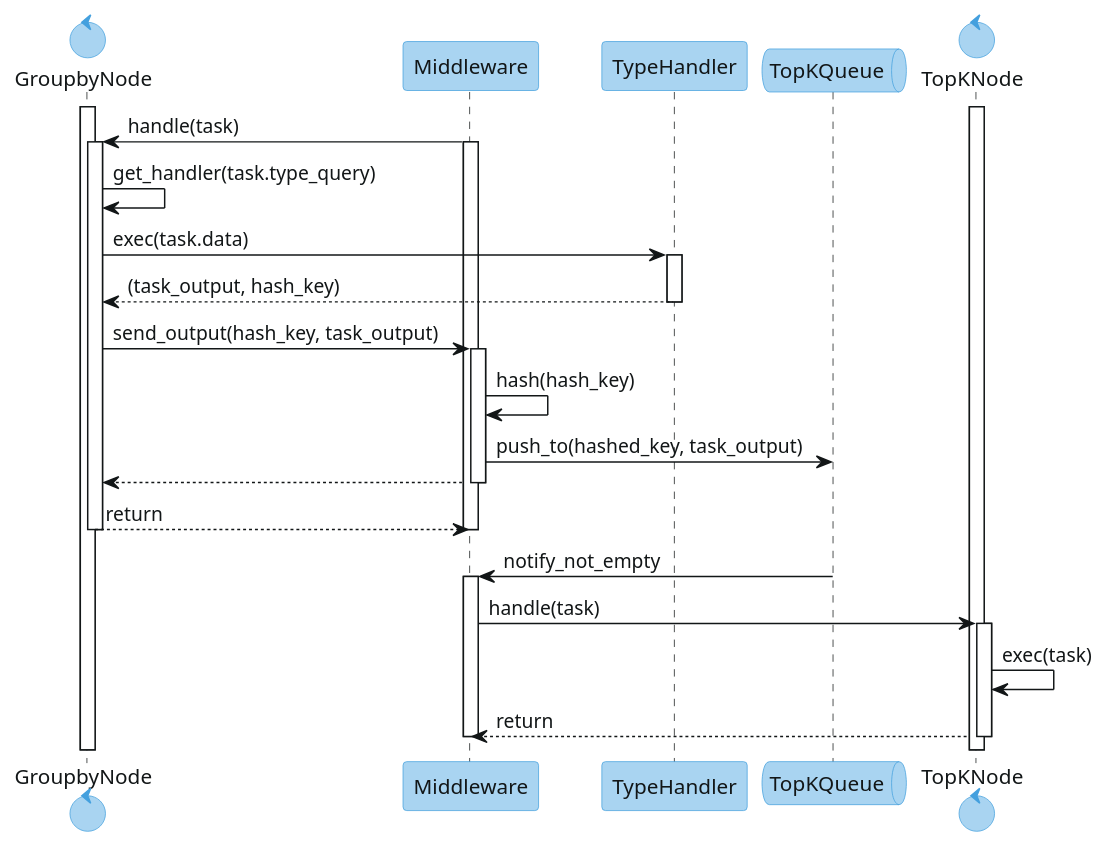
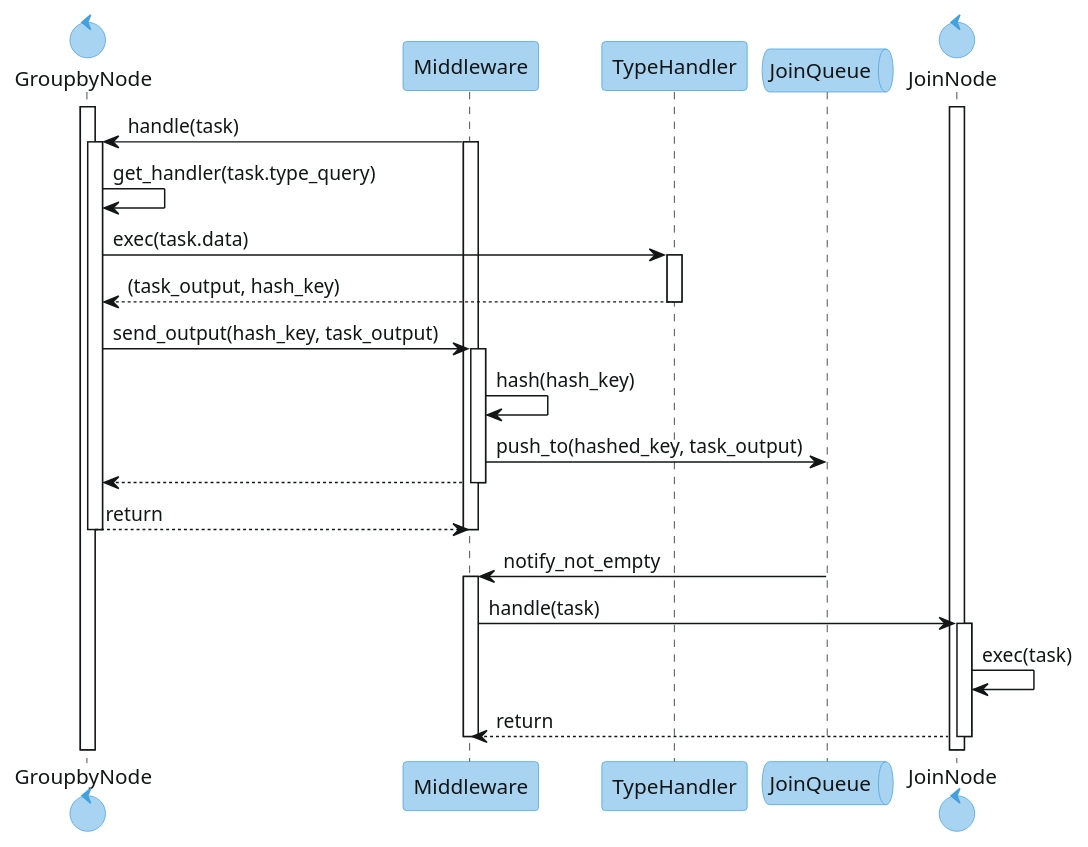
One commit to SebastianVintonuke/TA050-TP-Design changed the diagram in src/puml/groupby_node.puml. Above: the diagram before and after it, drawn with PlantUML. The commit also changed 3 other files, not shown here.

```diff
--- a/src/puml/groupby_node.puml
+++ b/src/puml/groupby_node.puml
@@ -1,70 +1,70 @@
 @startuml
 
 skinparam backgroundColor transparent
 skinparam shadowing false
 
 skinparam defaultFontColor #121617
 skinparam ArrowColor #121617
 
 skinparam SequenceLifelineBorderColor #121617
 skinparam SequenceActivationBorderColor #121617
 
 skinparam EntityBorderColor #a9d4f1
 skinparam ControlBackgroundColor #a9d4f1
 skinparam ParticipantBackgroundColor #a9d4f1
 skinparam QueueBackgroundColor #a9d4f1
 skinparam RectangleBackgroundColor #a9d4f1
 
 skinparam EntityBorderColor #44a0de
 skinparam ControlBorderColor #44a0de
 skinparam ParticipantBorderColor #44a0de
 skinparam QueueBorderColor #44a0de
 skinparam RectangleBorderColor #44a0de
 
 
 control GroupbyNode
 participant Middleware
 participant TypeHandler
-queue TopKQueue
-control TopKNode
+queue JoinQueue
+control JoinNode
 
-activate TopKNode
+activate JoinNode
 activate GroupbyNode
 
 Middleware -> GroupbyNode: handle(task)
 activate GroupbyNode
 activate Middleware
 
 GroupbyNode-> GroupbyNode: get_handler(task.type_query)
 GroupbyNode-> TypeHandler : exec(task.data)
 activate TypeHandler
 TypeHandler --> GroupbyNode: (task_output, hash_key)
 deactivate TypeHandler
 
 GroupbyNode -> Middleware: send_output(hash_key, task_output)
 activate Middleware
 
 
 Middleware->Middleware: hash(hash_key)
-Middleware -> TopKQueue: push_to(hashed_key, task_output)
+Middleware -> JoinQueue: push_to(hashed_key, task_output)
 
 Middleware -->GroupbyNode: 
 deactivate Middleware
 GroupbyNode --> Middleware: return
 deactivate GroupbyNode
 deactivate Middleware
 
 
-TopKQueue -> Middleware: notify_not_empty
+JoinQueue -> Middleware: notify_not_empty
 activate Middleware
 
-Middleware -> TopKNode : handle(task)
-activate TopKNode
+Middleware -> JoinNode : handle(task)
+activate JoinNode
 
-TopKNode->TopKNode: exec(task)
-TopKNode--> Middleware: return
+JoinNode->JoinNode: exec(task)
+JoinNode--> Middleware: return
 deactivate Middleware
-deactivate TopKNode
+deactivate JoinNode
 
 
 @enduml
```
